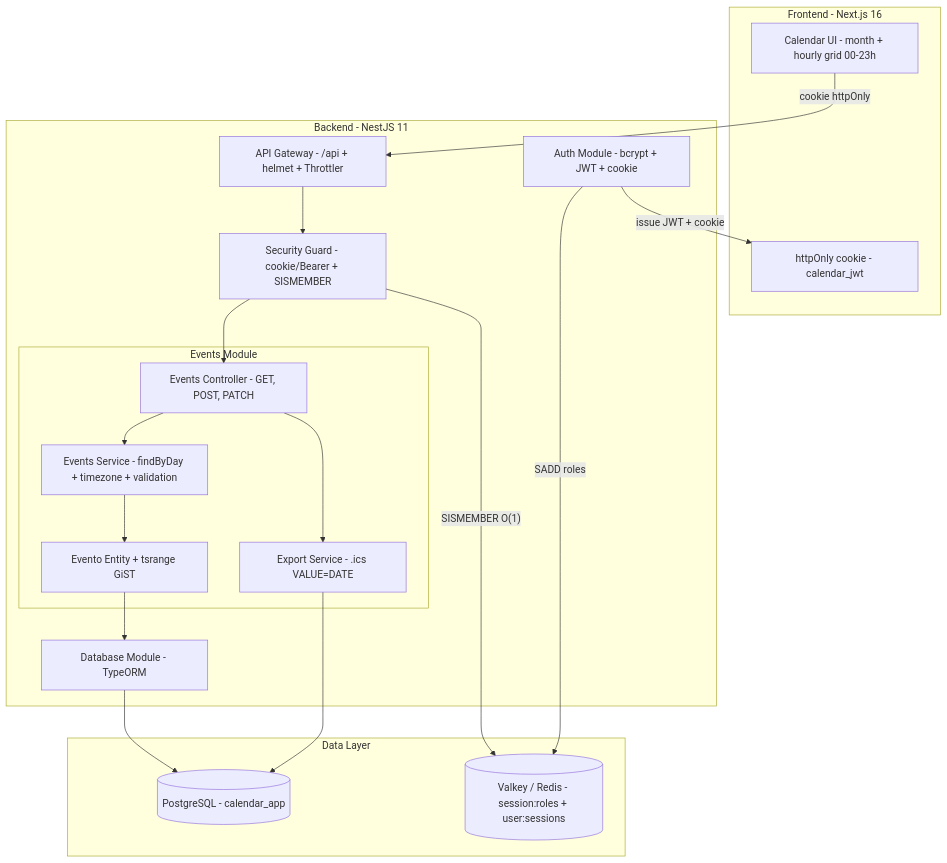
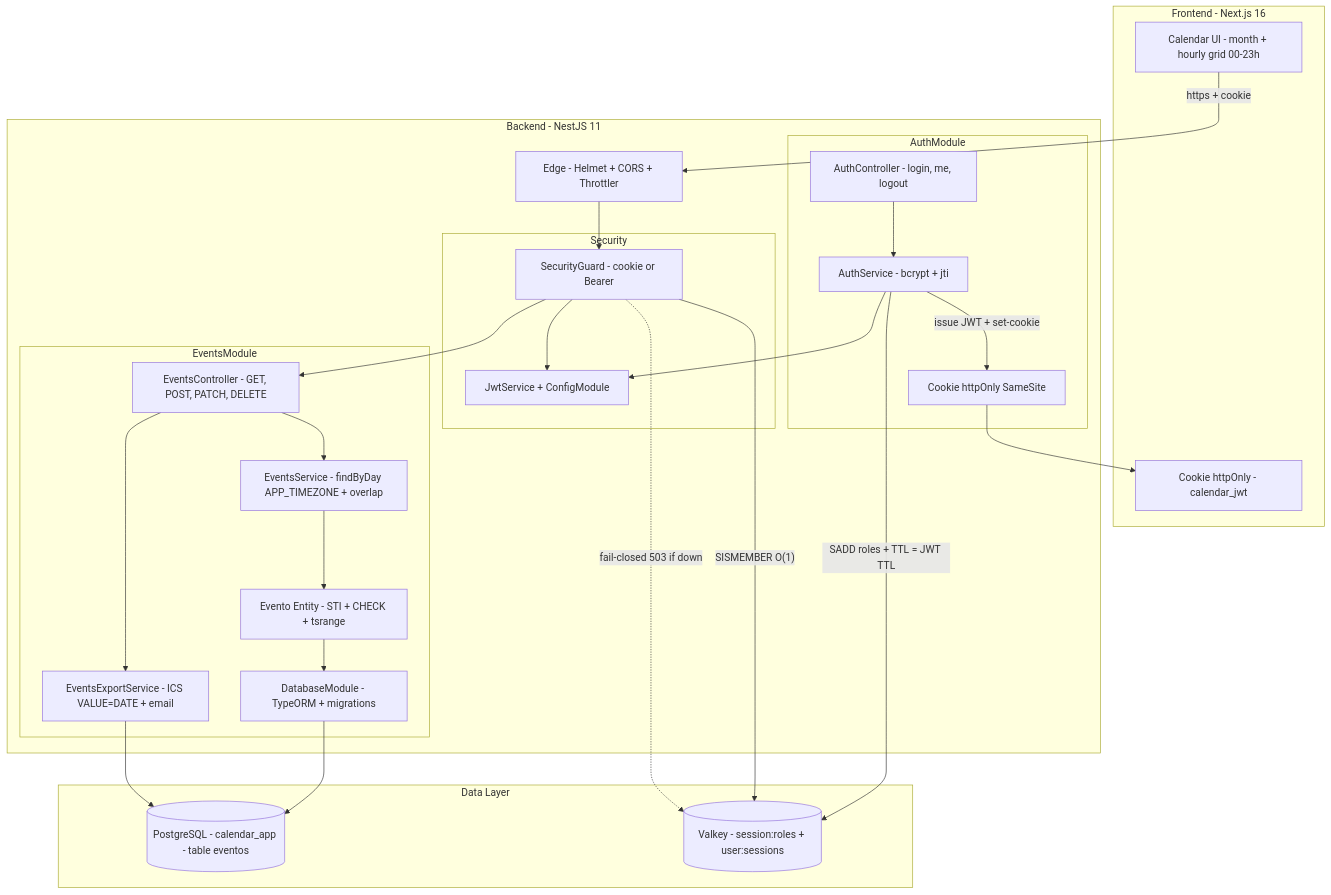
The diagram in README.md (antoniobouneto/calendar-app), drawn with Mermaid before and after one commit.

Commit message:
Redesenha Architecture no README: Edge, Security, Auth com cookie e Events com timezone/tsrange

````diff
--- a/README.md
+++ b/README.md
@@ -45,29 +45,41 @@
 ```mermaid
 flowchart TB
-    subgraph Frontend["Frontend - Next.js 16"]
+    subgraph FE["Frontend - Next.js 16"]
         UI["Calendar UI - month + hourly grid 00-23h"]
-        FEAuth["httpOnly cookie - calendar_jwt"]
+        CK["Cookie httpOnly - calendar_jwt"]
     end
-    subgraph Backend["Backend - NestJS 11"]
-        Gateway["API Gateway - /api + helmet + Throttler"]
-        Auth["Auth Module - bcrypt + JWT + cookie"]
-        subgraph EventsModule["Events Module"]
-            Controller["Events Controller - GET, POST, PATCH"]
-            Service["Events Service - findByDay + timezone + validation"]
-            ExportSvc["Export Service - .ics VALUE=DATE"]
-            Entity["Evento Entity + tsrange GiST"]
+    subgraph API["Backend - NestJS 11"]
+        Edge["Edge - Helmet + CORS + Throttler"]
+        subgraph SEC["Security"]
+            Guard["SecurityGuard - cookie or Bearer"]
+            Jwt["JwtService + ConfigModule"]
         end
-        DBModule["Database Module - TypeORM"]
-        Guard["Security Guard - cookie/Bearer + SISMEMBER"]
+        subgraph AUTH["AuthModule"]
+            AC["AuthController - login, me, logout"]
+            AS["AuthService - bcrypt + jti"]
+            BC["Cookie httpOnly SameSite"]
+        end
+        subgraph EV["EventsModule"]
+            EC["EventsController - GET, POST, PATCH, DELETE"]
+            ES["EventsService - findByDay APP_TIMEZONE + overlap"]
+            EX["EventsExportService - ICS VALUE=DATE + email"]
+            ET["Evento Entity - STI + CHECK + tsrange"]
+            DB["DatabaseModule - TypeORM + migrations"]
+        end
     end
-    subgraph Data["Data Layer"]
-        PG[("PostgreSQL - calendar_app")]
-        Valkey[("Valkey / Redis - session:roles + user:sessions")]
+    subgraph STORE["Data Layer"]
+        PG[("PostgreSQL - calendar_app - table eventos")]
+        VK[("Valkey - session:roles + user:sessions")]
     end
-    UI -->|"cookie httpOnly"| Gateway
-    Gateway --> Guard --> Controller --> Service --> Entity --> DBModule --> PG
-    Controller --> ExportSvc --> PG
-    Guard -->|"SISMEMBER O(1)"| Valkey
-    Auth -->|"SADD roles"| Valkey
-    Auth -->|"issue JWT + cookie"| FEAuth
+    UI -->|"https + cookie"| Edge
+    Edge --> Guard
+    Guard --> Jwt
+    Guard --> EC
+    AC --> AS --> Jwt
+    AS -->|"SADD roles + TTL = JWT TTL"| VK
+    Guard -->|"SISMEMBER O(1)"| VK
+    EC --> ES --> ET --> DB --> PG
+    EC --> EX --> PG
+    AS -->|"issue JWT + set-cookie"| BC --> CK
+    Guard -. "fail-closed 503 if down" .-> VK
 ```
````
